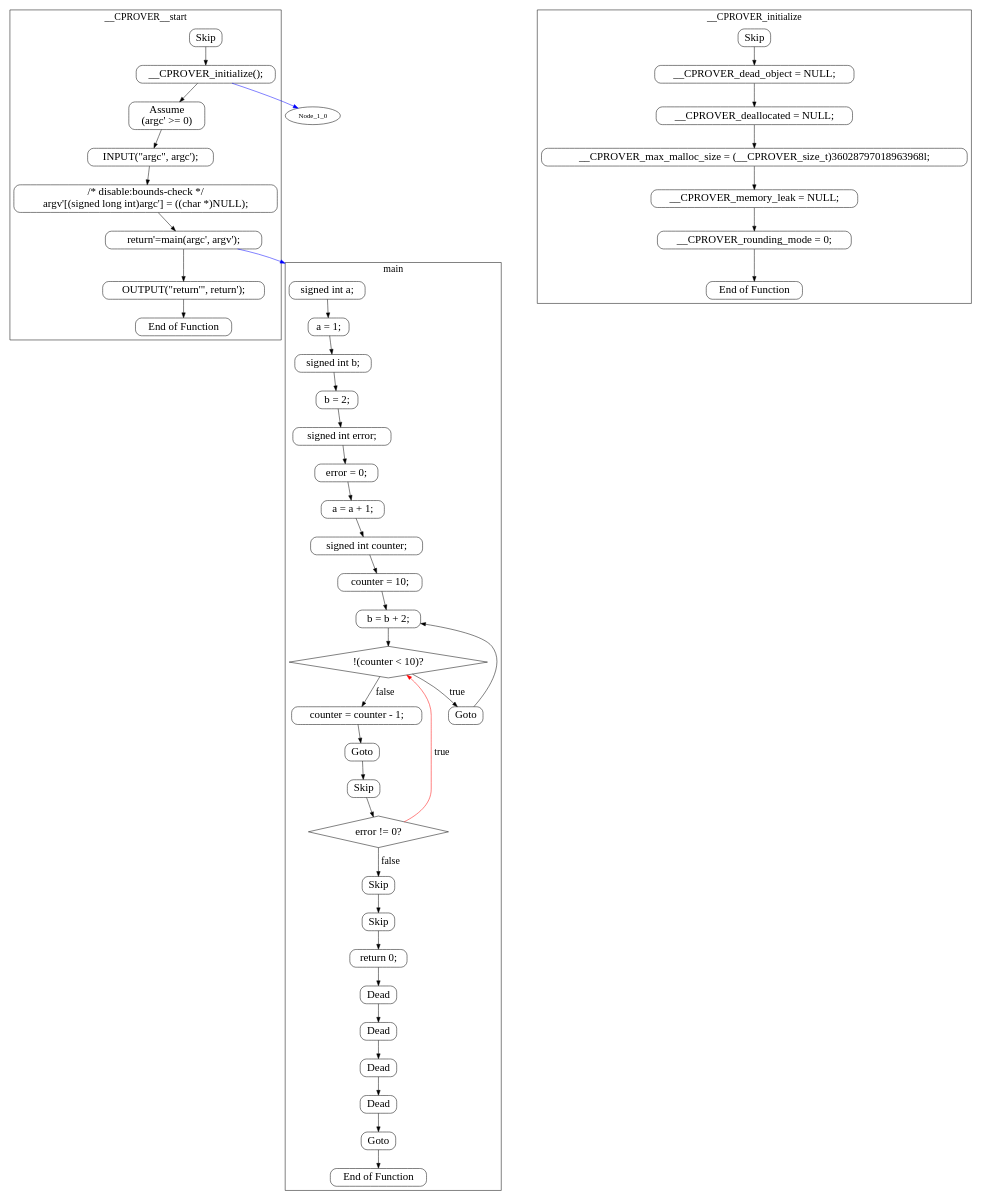
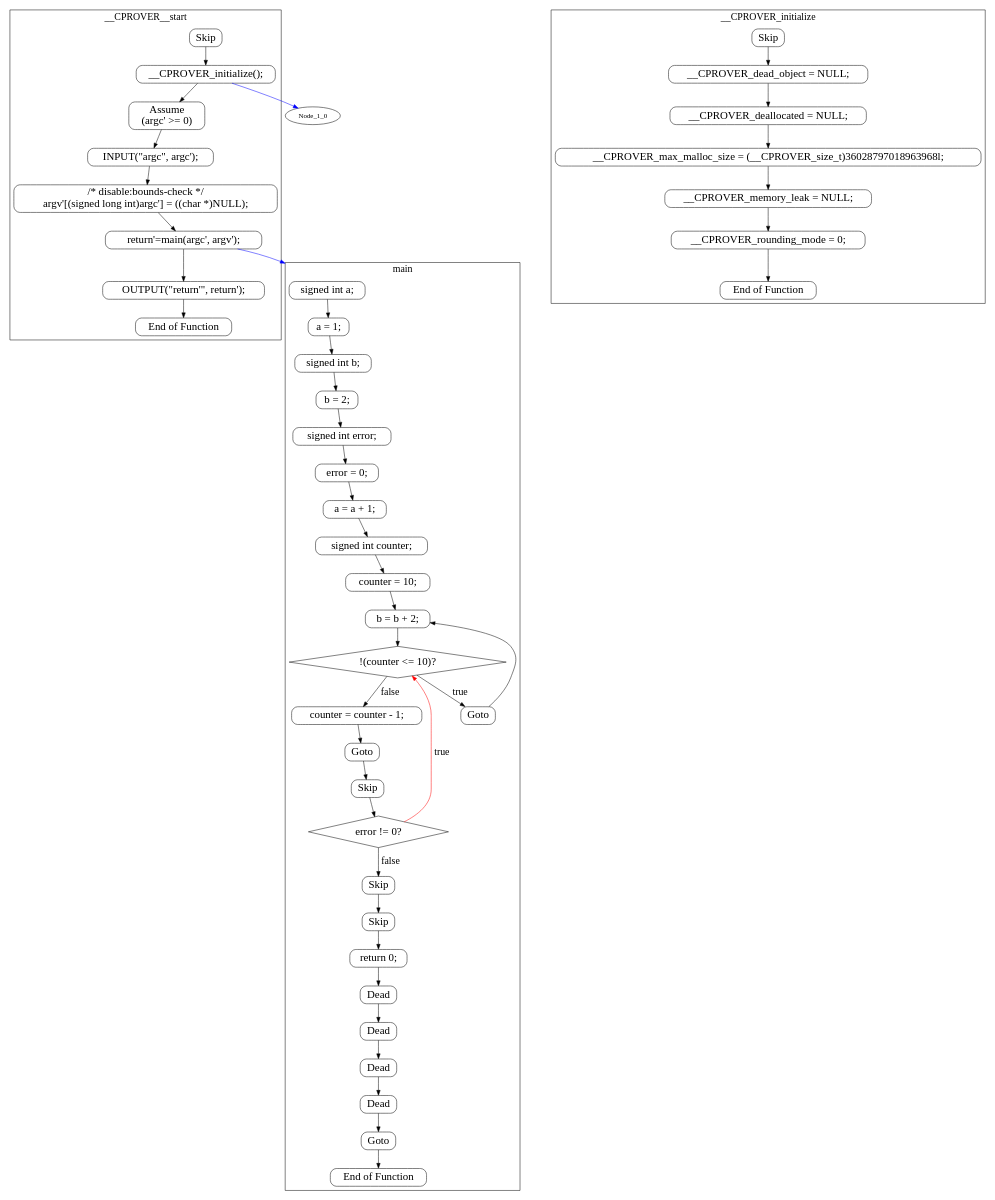
One commit to malkawimahdi/investigating-loop-detection-algorithms changed the diagram in control-flow-graph-test-cases/g3/main.dot. Above: the diagram before and after it, drawn with Graphviz. The commit also changed 4 other files, not shown here.

```diff
--- a/control-flow-graph-test-cases/g3/main.dot
+++ b/control-flow-graph-test-cases/g3/main.dot
@@ -1,93 +1,93 @@
 digraph G {
 color=black;orientation=portrait;fontsize=20;compound=true;size="30,40";ratio=compress;
 subgraph "cluster_main" {
 label="main";
 Node_0_0 [shape=Mrecord,fontsize=22,label="signed int a;"];
 Node_0_0 -> Node_0_1 ;
 Node_0_1 [shape=Mrecord,fontsize=22,label="a = 1;"];
 Node_0_1 -> Node_0_2 ;
 Node_0_2 [shape=Mrecord,fontsize=22,label="signed int b;"];
 Node_0_2 -> Node_0_3 ;
 Node_0_3 [shape=Mrecord,fontsize=22,label="b = 2;"];
 Node_0_3 -> Node_0_4 ;
 Node_0_4 [shape=Mrecord,fontsize=22,label="signed int error;"];
 Node_0_4 -> Node_0_5 ;
 Node_0_5 [shape=Mrecord,fontsize=22,label="error = 0;"];
 Node_0_5 -> Node_0_6 ;
 Node_0_6 [shape=Mrecord,fontsize=22,label="a = a + 1;"];
 Node_0_6 -> Node_0_7 ;
 Node_0_7 [shape=Mrecord,fontsize=22,label="signed int counter;"];
 Node_0_7 -> Node_0_8 ;
 Node_0_8 [shape=Mrecord,fontsize=22,label="counter = 10;"];
 Node_0_8 -> Node_0_9 ;
 Node_0_9 [shape=Mrecord,fontsize=22,label="b = b + 2;"];
 Node_0_9 -> Node_0_10 ;
-Node_0_10 [shape=diamond,fontsize=22,label="!(counter \< 10)?"];
+Node_0_10 [shape=diamond,fontsize=22,label="!(counter \<= 10)?"];
 Node_0_10 -> Node_0_13 [fontsize=20,label="true"];
 Node_0_10 -> Node_0_11 [fontsize=20,label="false"];
 Node_0_13 [shape=Mrecord,fontsize=22,label="Goto"];
 Node_0_13 -> Node_0_9 ;
 Node_0_11 [shape=Mrecord,fontsize=22,label="counter = counter - 1;"];
 Node_0_11 -> Node_0_12 ;
 Node_0_12 [shape=Mrecord,fontsize=22,label="Goto"];
 Node_0_12 -> Node_0_15 ;
 Node_0_15 [shape=Mrecord,fontsize=22,label="Skip"];
 Node_0_15 -> Node_0_16 ;
 Node_0_16 [shape=diamond,fontsize=22,label="error != 0?"];
 Node_0_16 -> Node_0_10 [fontsize=20,label="true",color=red];
 Node_0_16 -> Node_0_17 [fontsize=20,label="false"];
 Node_0_17 [shape=Mrecord,fontsize=22,label="Skip"];
 Node_0_17 -> Node_0_18 ;
 Node_0_18 [shape=Mrecord,fontsize=22,label="Skip"];
 Node_0_18 -> Node_0_19 ;
 Node_0_19 [shape=Mrecord,fontsize=22,label="return 0;"];
 Node_0_19 -> Node_0_20 ;
 Node_0_20 [shape=Mrecord,fontsize=22,label="Dead"];
 Node_0_20 -> Node_0_21 ;
 Node_0_21 [shape=Mrecord,fontsize=22,label="Dead"];
 Node_0_21 -> Node_0_22 ;
 Node_0_22 [shape=Mrecord,fontsize=22,label="Dead"];
 Node_0_22 -> Node_0_23 ;
 Node_0_23 [shape=Mrecord,fontsize=22,label="Dead"];
 Node_0_23 -> Node_0_24 ;
 Node_0_24 [shape=Mrecord,fontsize=22,label="Goto"];
 Node_0_24 -> Node_0_25 ;
 Node_0_25 [shape=Mrecord,fontsize=22,label="End of Function"];
 }
 subgraph "cluster___CPROVER_initialize" {
 label="__CPROVER_initialize";
 Node_1_26 [shape=Mrecord,fontsize=22,label="Skip"];
 Node_1_26 -> Node_1_27 ;
 Node_1_27 [shape=Mrecord,fontsize=22,label="__CPROVER_dead_object = NULL;"];
 Node_1_27 -> Node_1_28 ;
 Node_1_28 [shape=Mrecord,fontsize=22,label="__CPROVER_deallocated = NULL;"];
 Node_1_28 -> Node_1_29 ;
 Node_1_29 [shape=Mrecord,fontsize=22,label="__CPROVER_max_malloc_size = (__CPROVER_size_t)36028797018963968l;"];
 Node_1_29 -> Node_1_30 ;
 Node_1_30 [shape=Mrecord,fontsize=22,label="__CPROVER_memory_leak = NULL;"];
 Node_1_30 -> Node_1_31 ;
 Node_1_31 [shape=Mrecord,fontsize=22,label="__CPROVER_rounding_mode = 0;"];
 Node_1_31 -> Node_1_32 ;
 Node_1_32 [shape=Mrecord,fontsize=22,label="End of Function"];
 }
 subgraph "cluster___CPROVER__start" {
 label="__CPROVER__start";
 Node_2_33 [shape=Mrecord,fontsize=22,label="Skip"];
 Node_2_33 -> Node_2_34 ;
 Node_2_34 [shape=Mrecord,fontsize=22,label="__CPROVER_initialize();"];
 Node_2_34 -> Node_2_35 ;
 Node_2_35 [shape=Mrecord,fontsize=22,label="Assume\n(argc' \>= 0)"];
 Node_2_35 -> Node_2_36 ;
 Node_2_36 [shape=Mrecord,fontsize=22,label="INPUT(\"argc\", argc');"];
 Node_2_36 -> Node_2_37 ;
 Node_2_37 [shape=Mrecord,fontsize=22,label="/* disable:bounds-check */\nargv'[(signed long int)argc'] = ((char *)NULL);"];
 Node_2_37 -> Node_2_38 ;
 Node_2_38 [shape=Mrecord,fontsize=22,label="return'=main(argc', argv');"];
 Node_2_38 -> Node_2_39 ;
 Node_2_39 [shape=Mrecord,fontsize=22,label="OUTPUT(\"return'\", return');"];
 Node_2_39 -> Node_2_40 ;
 Node_2_40 [shape=Mrecord,fontsize=22,label="End of Function"];
 }
 Node_2_34 -> Node_1_0 [lhead="cluster___CPROVER_initialize",color=blue];
 Node_2_38 -> Node_0_0 [lhead="cluster_main",color=blue];
 }
```
